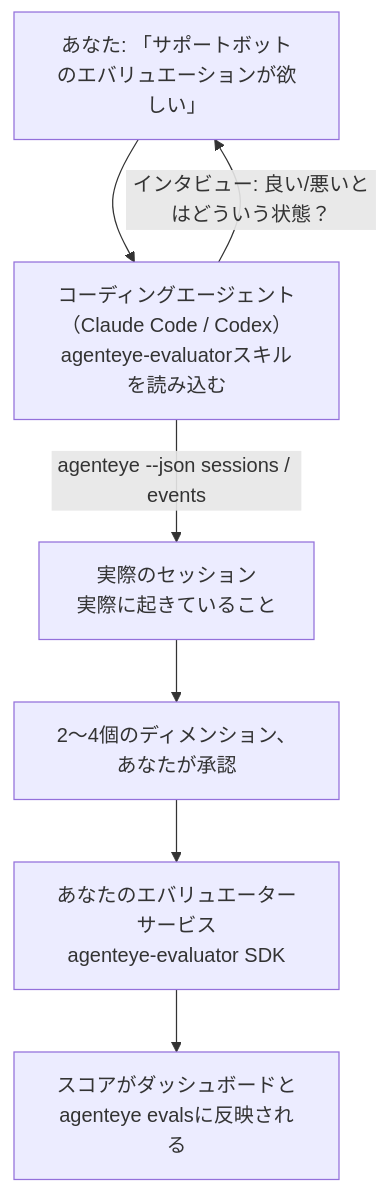
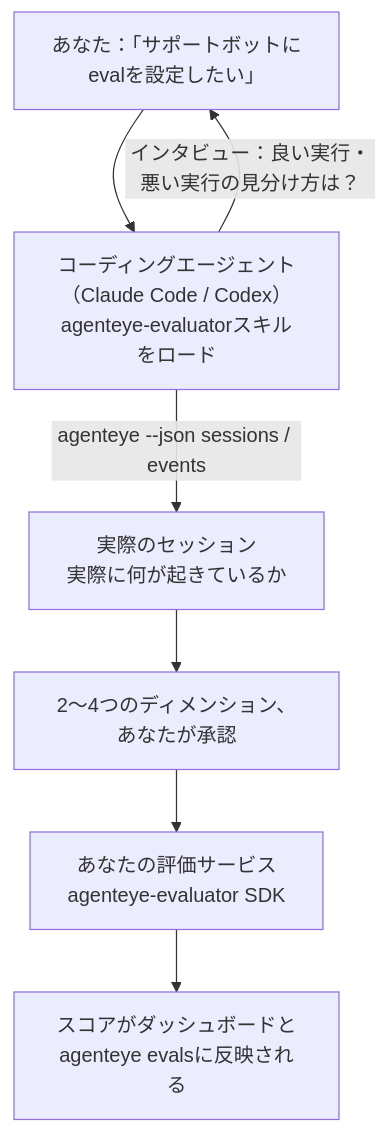
The diagram in docs/ja/agenteye/evaluator-skill.mdx (FailproofAI/failproofai), drawn with Mermaid before and after one commit. The commit also changed other lines of this file and 651 other files, not shown here.

````diff
--- a/docs/ja/agenteye/evaluator-skill.mdx
+++ b/docs/ja/agenteye/evaluator-skill.mdx
@@ -21,9 +21,9 @@
 ```mermaid
 flowchart TD
-    YOU["あなた: 「サポートボットのエバリュエーションが欲しい」"] --> AGENT["コーディングエージェント（Claude Code / Codex）<br/>agenteye-evaluatorスキルを読み込む"]
-    AGENT -->|"インタビュー: 良い/悪いとはどういう状態？"| YOU
-    AGENT -->|"agenteye --json sessions / events"| DATA["実際のセッション<br/>実際に起きていること"]
-    DATA --> DIMS["2〜4個のディメンション、あなたが承認"]
-    DIMS --> SVC["あなたのエバリュエーターサービス<br/>agenteye-evaluator SDK"]
+    YOU["あなた：「サポートボットにevalを設定したい」"] --> AGENT["コーディングエージェント（Claude Code / Codex）<br/>agenteye-evaluatorスキルをロード"]
+    AGENT -->|"インタビュー：良い実行・悪い実行の見分け方は？"| YOU
+    AGENT -->|"agenteye --json sessions / events"| DATA["実際のセッション<br/>実際に何が起きているか"]
+    DATA --> DIMS["2〜4つのディメンション、あなたが承認"]
+    DIMS --> SVC["あなたの評価サービス<br/>agenteye-evaluator SDK"]
     SVC --> SCORES["スコアがダッシュボードと<br/>agenteye evalsに反映される"]
 ```
````
